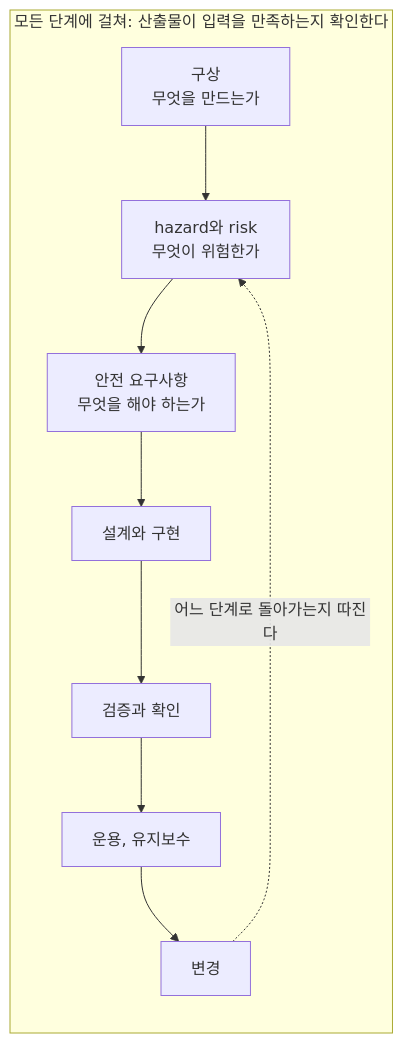
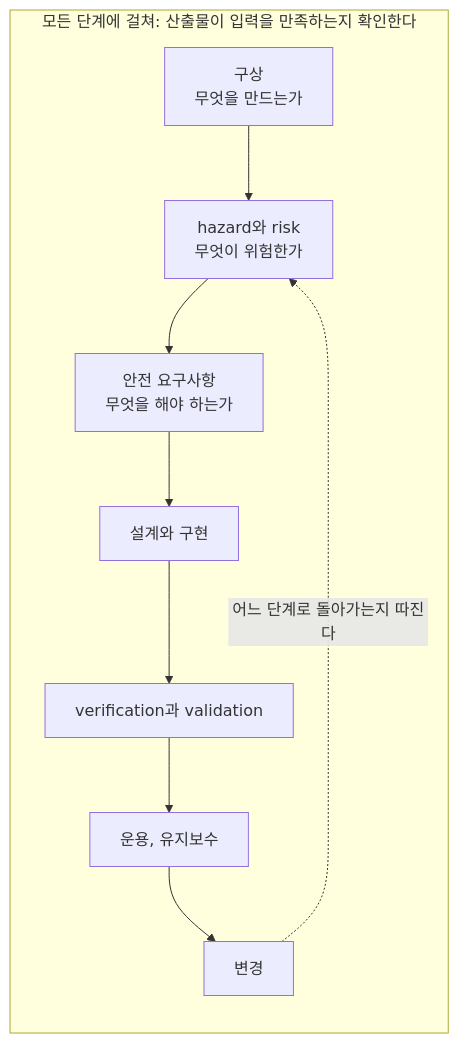
One commit to danielhongwoo/fusa changed the diagram in chapters/ch05-safety-lifecycle.md. Above: the diagram before and after it, drawn with Mermaid. The commit also changed other lines of this file and 6 other files, not shown here.

````diff
--- a/chapters/ch05-safety-lifecycle.md
+++ b/chapters/ch05-safety-lifecycle.md
@@ -36,12 +36,12 @@
 ```mermaid
 flowchart LR
     subgraph ALL["모든 단계에 걸쳐: 산출물이 입력을 만족하는지 확인한다"]
         C["구상<br/>무엇을 만드는가"] --> H["hazard와 risk<br/>무엇이 위험한가"]
         H --> R["안전 요구사항<br/>무엇을 해야 하는가"]
         R --> D["설계와 구현"]
-        D --> V["검증과 확인"]
+        D --> V["verification과 validation"]
         V --> O["운용, 유지보수"]
         O --> M["변경"]
     end
     M -. "어느 단계로 돌아가는지 따진다" .-> H
 ```
````
